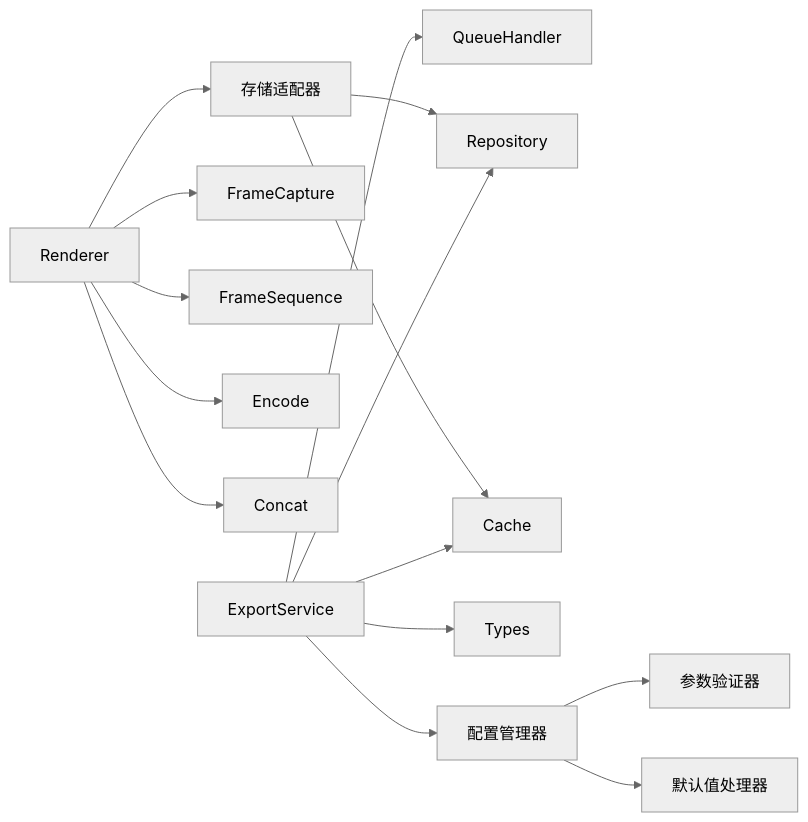
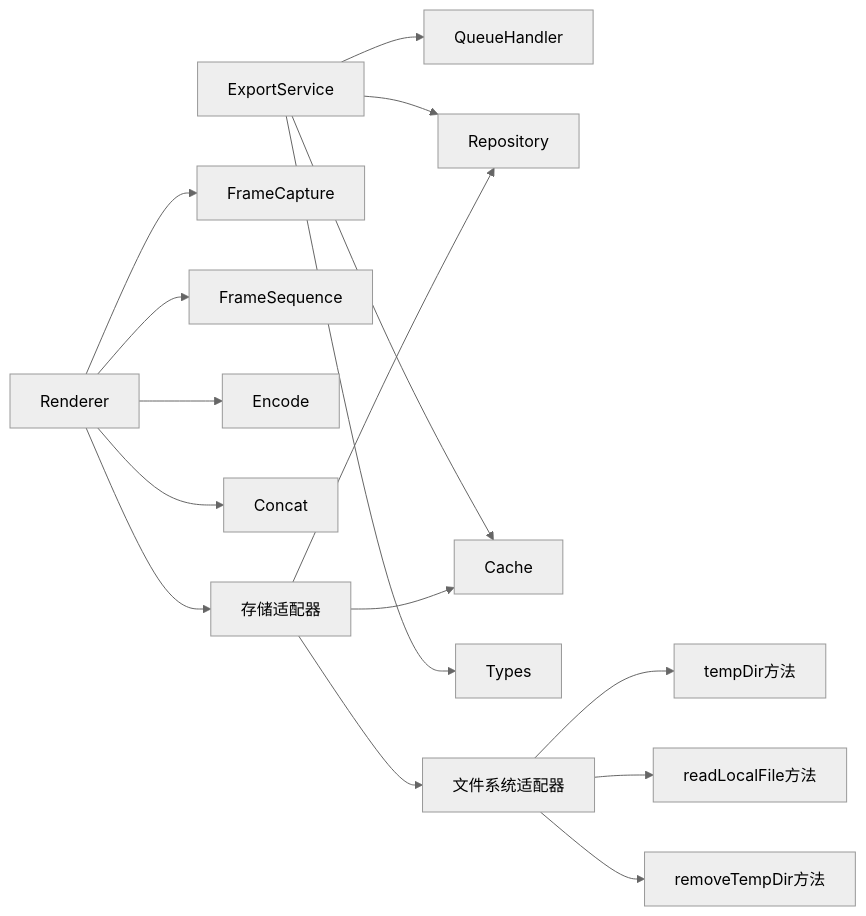
Before and after one commit to AIMFllyYS/code-video-canvas: the ninth of 9 diagrams in .qoder/repowiki/zh/content/核心功能模块/渲染引擎/导出服务.md, drawn with Mermaid (neutral theme). The commit also changed other lines of this file and 20 other files, not shown here.

````diff
--- a/.qoder/repowiki/zh/content/核心功能模块/渲染引擎/导出服务.md
+++ b/.qoder/repowiki/zh/content/核心功能模块/渲染引擎/导出服务.md
@@ -564,17 +506,18 @@
 ```mermaid
 graph LR
 ES["ExportService"] --> QH["QueueHandler"]
 ES --> RP["Repository"]
 ES --> CA["Cache"]
 ES --> TY["Types"]
-ES --> CFG["配置管理器"]
 RN["Renderer"] --> FC["FrameCapture"]
 RN --> FS["FrameSequence"]
 RN --> EN["Encode"]
 RN --> CT["Concat"]
 RN --> SA["存储适配器"]
+SA --> FSAD["文件系统适配器"]
 SA --> RP
 SA --> CA
-CFG --> VAL["参数验证器"]
-CFG --> DEF["默认值处理器"]
+FSAD --> tempDir["tempDir方法"]
+FSAD --> readFile["readLocalFile方法"]
+FSAD --> cleanup["removeTempDir方法"]
 ```
````
